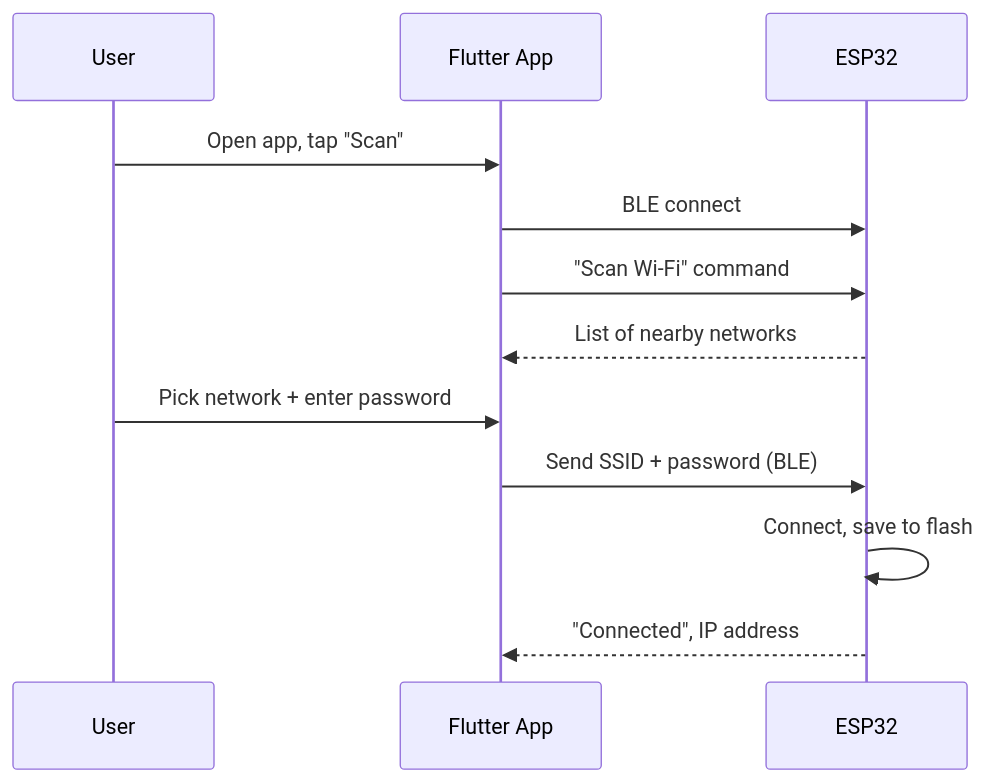
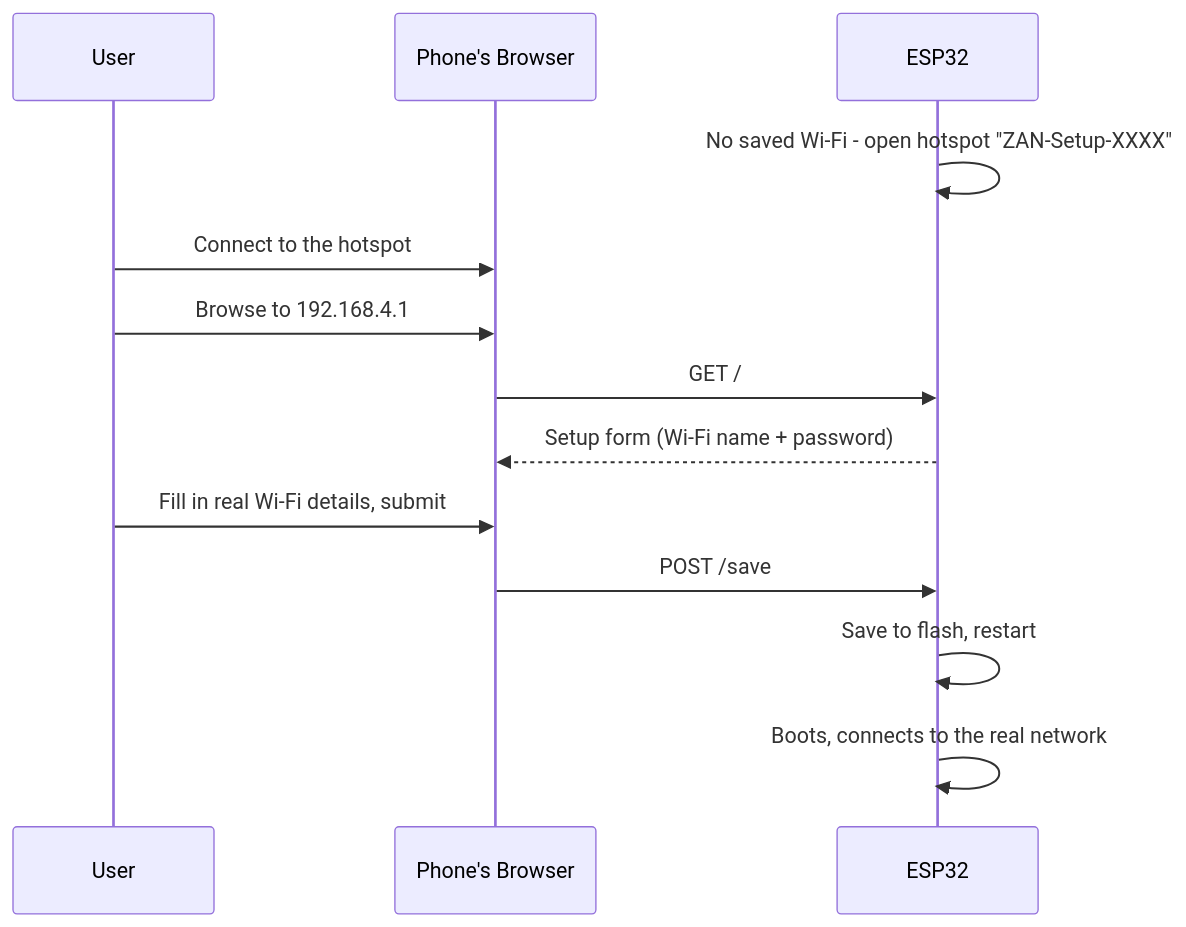
One commit to ZAN-Tech-bd/esp-wifi-provisioning changed the diagram in README.md. Above: the diagram before and after it, drawn with Mermaid. The commit also changed other lines of this file and 6 other files, not shown here.

````diff
--- a/README.md
+++ b/README.md
@@ -36,15 +29,16 @@
 ```mermaid
 sequenceDiagram
     participant User
-    participant App as Flutter App
+    participant Phone as Phone's Browser
     participant ESP32
 
-    User->>App: Open app, tap "Scan"
-    App->>ESP32: BLE connect
-    App->>ESP32: "Scan Wi-Fi" command
-    ESP32-->>App: List of nearby networks
-    User->>App: Pick network + enter password
-    App->>ESP32: Send SSID + password (BLE)
-    ESP32->>ESP32: Connect, save to flash
-    ESP32-->>App: "Connected", IP address
+    ESP32->>ESP32: No saved Wi-Fi - open hotspot "ZAN-Setup-XXXX"
+    User->>Phone: Connect to the hotspot
+    User->>Phone: Browse to 192.168.4.1
+    Phone->>ESP32: GET /
+    ESP32-->>Phone: Setup form (Wi-Fi name + password)
+    User->>Phone: Fill in real Wi-Fi details, submit
+    Phone->>ESP32: POST /save
+    ESP32->>ESP32: Save to flash, restart
+    ESP32->>ESP32: Boots, connects to the real network
 ```
````
